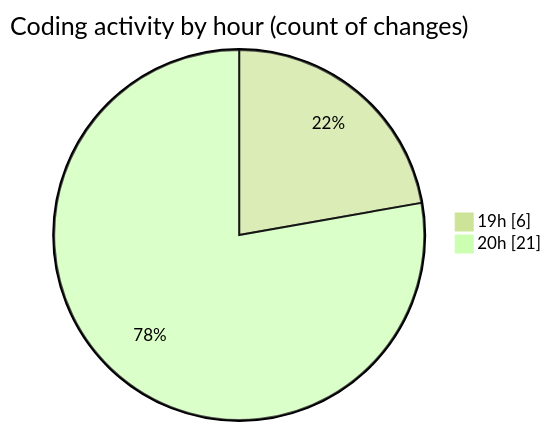
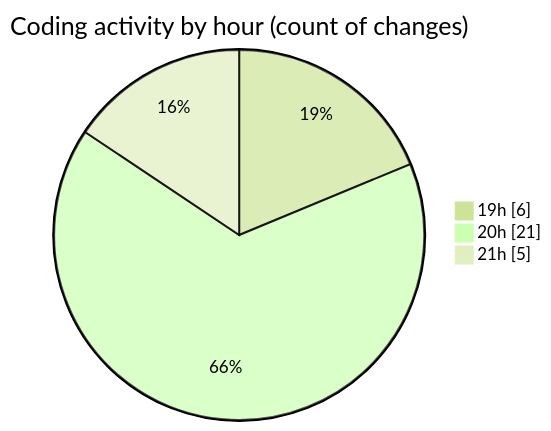
The second of 2 diagrams in 2025-04-23/heypy/README.md (Elitesun/code-tracking), drawn with Mermaid (forest theme) before and after one commit. The commit also changed other lines of this file and 1 other file, not shown here.

````diff
--- a/2025-04-23/heypy/README.md
+++ b/2025-04-23/heypy/README.md
@@ -37,6 +37,7 @@
 ```mermaid
 pie showData
 title Coding activity by hour (count of changes)
 "19h" : 6
 "20h" : 21
+"21h" : 5
 ```
````
